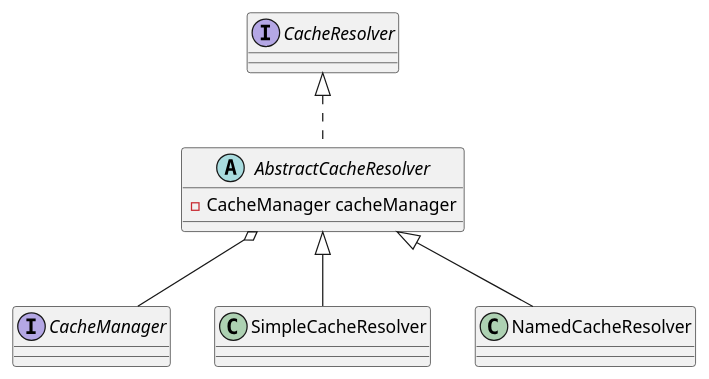
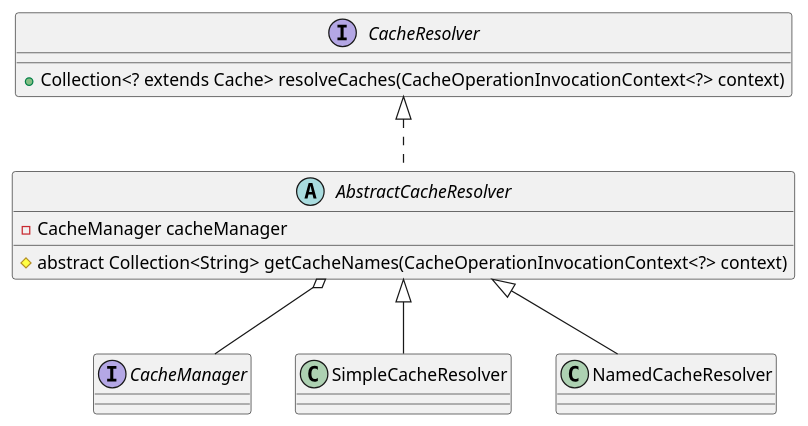
The diagram in 20-framework/src/spring/spring-context/cache/interceptor/CacheResolver.md (onlyonion/development), drawn with PlantUML before and after one commit. The commit also changed 14 other files, not shown here.

````diff
--- a/20-framework/src/spring/spring-context/cache/interceptor/CacheResolver.md
+++ b/20-framework/src/spring/spring-context/cache/interceptor/CacheResolver.md
@@ -12,21 +12,30 @@
 ```plantuml
 @startuml
 
-interface CacheResolver 
+interface CacheResolver {
+    + Collection<? extends Cache> resolveCaches(CacheOperationInvocationContext<?> context)
+}
 CacheResolver ^.. AbstractCacheResolver
 
 abstract class AbstractCacheResolver {
     - CacheManager cacheManager
+    # abstract Collection<String> getCacheNames(CacheOperationInvocationContext<?> context)
 }
 
 interface CacheManager
 AbstractCacheResolver o-- CacheManager
 
+''''''''''''''''''''''''' 两种缓存解析器 '''''''''''''''''''''''''
 AbstractCacheResolver ^-- SimpleCacheResolver
 AbstractCacheResolver ^-- NamedCacheResolver
 
-class SimpleCacheResolver
-class NamedCacheResolver
+class SimpleCacheResolver {
+
+}
+
+class NamedCacheResolver {
+
+}
 
 @enduml
 ```
````
